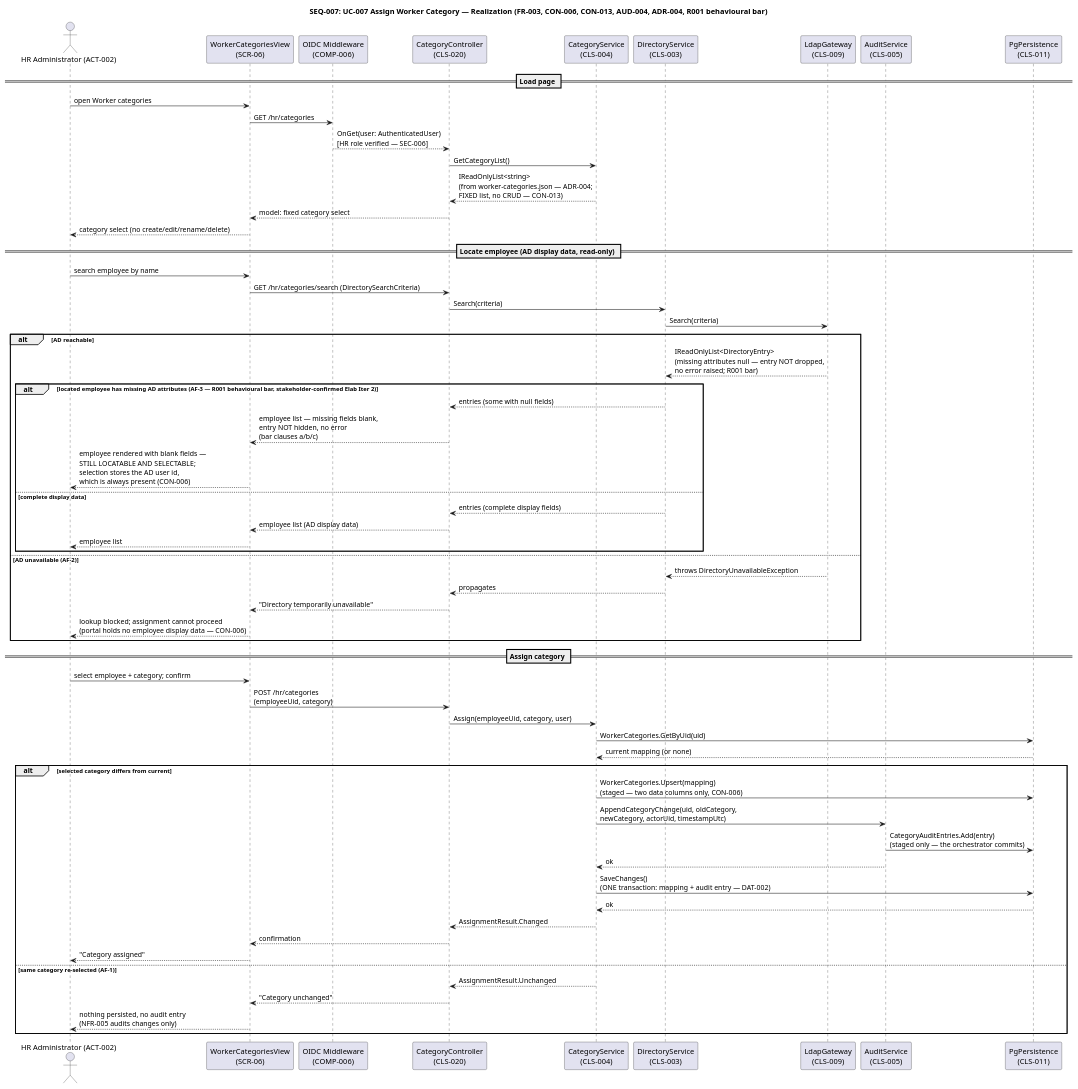
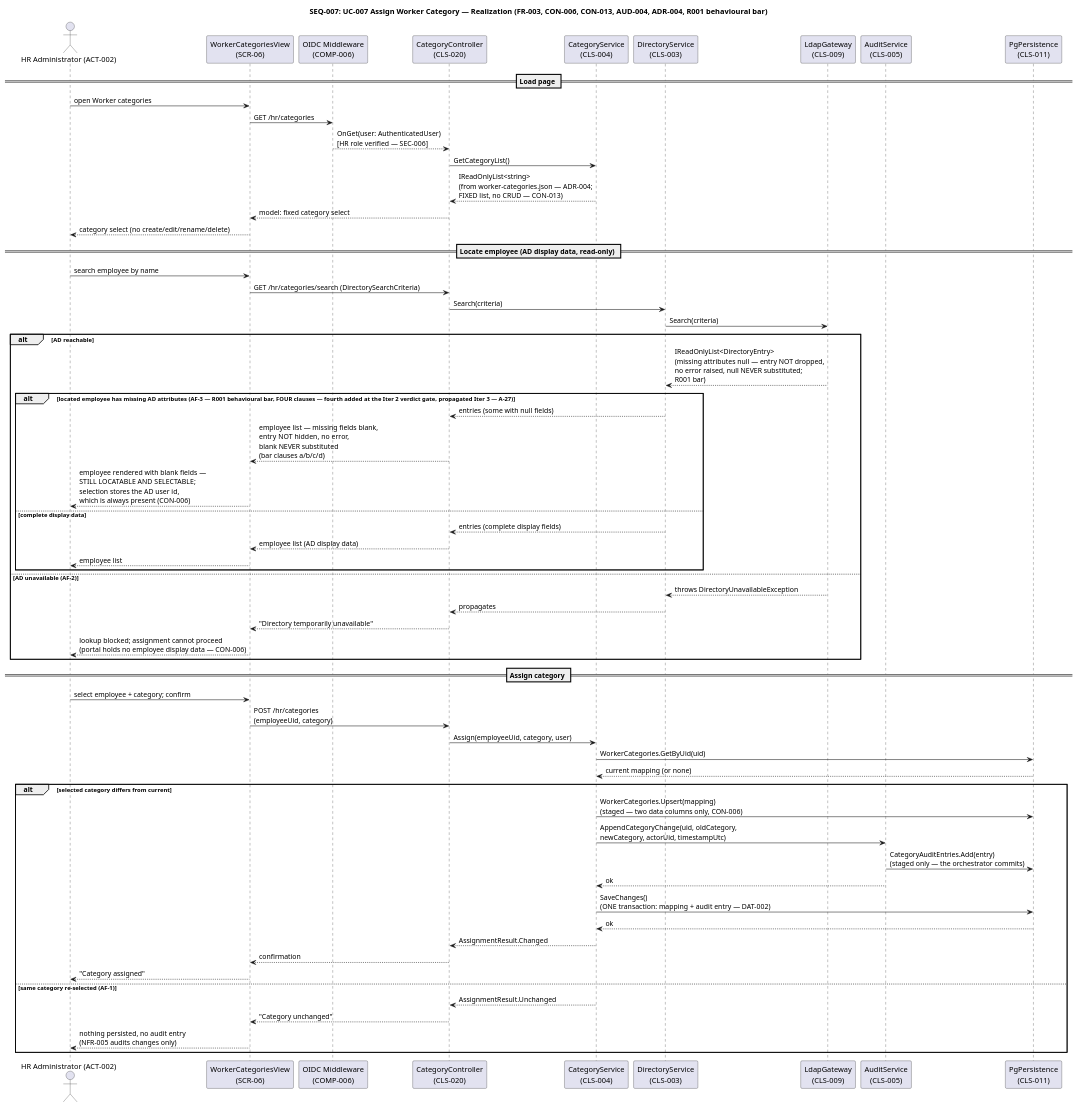
The ninth of 26 diagrams in docs/artifacts/analysis---design/design-model.md (banense-test/employee-portal), drawn with PlantUML before and after one commit. The commit also changed other lines of this file, not shown here.

````diff
--- a/docs/artifacts/analysis---design/design-model.md
+++ b/docs/artifacts/analysis---design/design-model.md
@@ -676,69 +698,69 @@
 ```plantuml
 @startuml
 title SEQ-007: UC-007 Assign Worker Category — Realization (FR-003, CON-006, CON-013, AUD-004, ADR-004, R001 behavioural bar)
 
 actor "HR Administrator (ACT-002)" as HR
 participant "WorkerCategoriesView\n(SCR-06)" as VIEW
 participant "OIDC Middleware\n(COMP-006)" as MW
 participant "CategoryController\n(CLS-020)" as CTL
 participant "CategoryService\n(CLS-004)" as CAT
 participant "DirectoryService\n(CLS-003)" as DIR
 participant "LdapGateway\n(CLS-009)" as LDAP
 participant "AuditService\n(CLS-005)" as AUD
 participant "PgPersistence\n(CLS-011)" as PG
 
 == Load page ==
 HR -> VIEW : open Worker categories
 VIEW -> MW : GET /hr/categories
 MW --> CTL : OnGet(user: AuthenticatedUser)\n[HR role verified — SEC-006]
 CTL -> CAT : GetCategoryList()
 CAT --> CTL : IReadOnlyList<string>\n(from worker-categories.json — ADR-004;\nFIXED list, no CRUD — CON-013)
 CTL --> VIEW : model: fixed category select
 VIEW --> HR : category select (no create/edit/rename/delete)
 
 == Locate employee (AD display data, read-only) ==
 HR -> VIEW : search employee by name
 VIEW -> CTL : GET /hr/categories/search (DirectorySearchCriteria)
 CTL -> DIR : Search(criteria)
 DIR -> LDAP : Search(criteria)
 alt AD reachable
-  LDAP --> DIR : IReadOnlyList<DirectoryEntry>\n(missing attributes null — entry NOT dropped,\nno error raised; R001 bar)
-  alt located employee has missing AD attributes (AF-3 — R001 behavioural bar, stakeholder-confirmed Elab Iter 2)
+  LDAP --> DIR : IReadOnlyList<DirectoryEntry>\n(missing attributes null — entry NOT dropped,\nno error raised, null NEVER substituted;\nR001 bar)
+  alt located employee has missing AD attributes (AF-3 — R001 behavioural bar, FOUR clauses — fourth added at the Iter 2 verdict gate, propagated Iter 3 — A-27)
     DIR --> CTL : entries (some with null fields)
-    CTL --> VIEW : employee list — missing fields blank,\nentry NOT hidden, no error\n(bar clauses a/b/c)
+    CTL --> VIEW : employee list — missing fields blank,\nentry NOT hidden, no error,\nblank NEVER substituted\n(bar clauses a/b/c/d)
     VIEW --> HR : employee rendered with blank fields —\nSTILL LOCATABLE AND SELECTABLE;\nselection stores the AD user id,\nwhich is always present (CON-006)
   else complete display data
     DIR --> CTL : entries (complete display fields)
     CTL --> VIEW : employee list (AD display data)
     VIEW --> HR : employee list
   end
 else AD unavailable (AF-2)
   LDAP --> DIR : throws DirectoryUnavailableException
   DIR --> CTL : propagates
   CTL --> VIEW : "Directory temporarily unavailable"
   VIEW --> HR : lookup blocked; assignment cannot proceed\n(portal holds no employee display data — CON-006)
 end
 
 == Assign category ==
 HR -> VIEW : select employee + category; confirm
 VIEW -> CTL : POST /hr/categories\n(employeeUid, category)
 CTL -> CAT : Assign(employeeUid, category, user)
 CAT -> PG : WorkerCategories.GetByUid(uid)
 PG --> CAT : current mapping (or none)
 alt selected category differs from current
   CAT -> PG : WorkerCategories.Upsert(mapping)\n(staged — two data columns only, CON-006)
   CAT -> AUD : AppendCategoryChange(uid, oldCategory,\nnewCategory, actorUid, timestampUtc)
   AUD -> PG : CategoryAuditEntries.Add(entry)\n(staged only — the orchestrator commits)
   AUD --> CAT : ok
   CAT -> PG : SaveChanges()\n(ONE transaction: mapping + audit entry — DAT-002)
   PG --> CAT : ok
   CAT --> CTL : AssignmentResult.Changed
   CTL --> VIEW : confirmation
   VIEW --> HR : "Category assigned"
 else same category re-selected (AF-1)
   CAT --> CTL : AssignmentResult.Unchanged
   CTL --> VIEW : "Category unchanged"
   VIEW --> HR : nothing persisted, no audit entry\n(NFR-005 audits changes only)
 end
 @enduml
 ```
````
